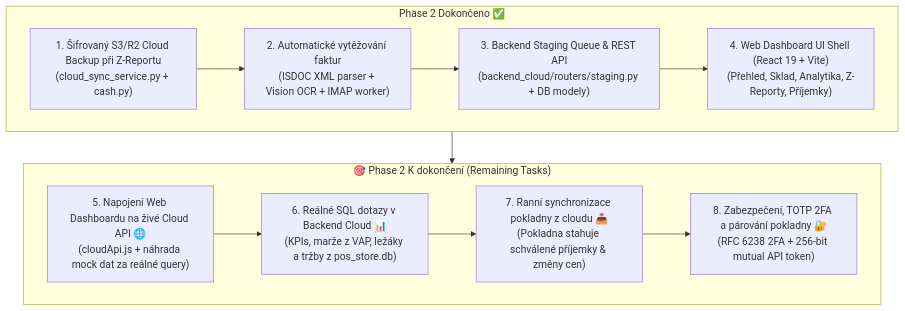
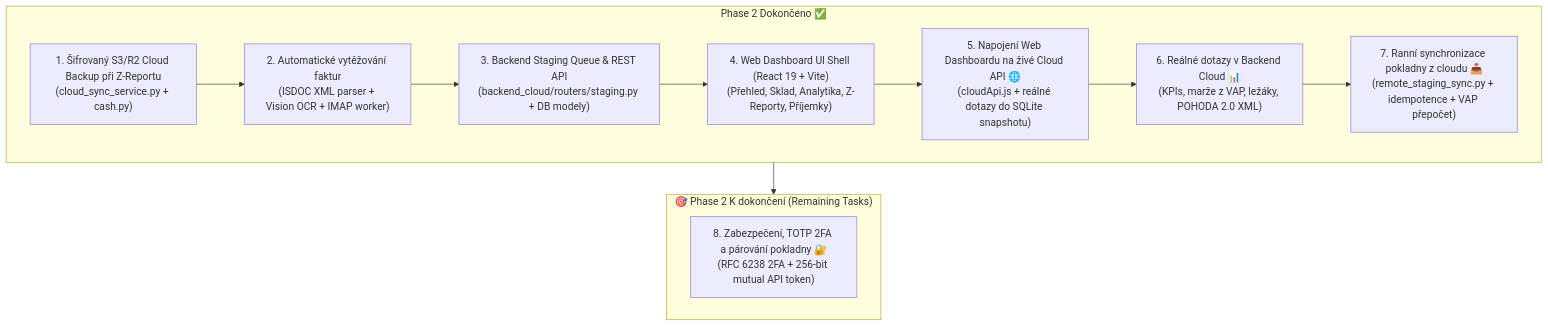
Before and after one commit to MichalKhoa/pos-project: the first of 2 diagrams in docs/ROADMAP.md, drawn with Mermaid. The commit also changed other lines of this file and 1 other file, not shown here.

Commit message:
docs(roadmap): update Phase 2 progress with completed staging pull service

````diff
--- a/docs/ROADMAP.md
+++ b/docs/ROADMAP.md
@@ -15,20 +15,19 @@
 ```mermaid
 graph TD
     subgraph P2Done["Phase 2 Dokončeno ✅"]
         D_CS["1. Šifrovaný S3/R2 Cloud Backup při Z-Reportu<br/>(cloud_sync_service.py + cash.py)"]
         D_ISDOC["2. Automatické vytěžování faktur<br/>(ISDOC XML parser + Vision OCR + IMAP worker)"]
         D_QUEUE["3. Backend Staging Queue & REST API<br/>(backend_cloud/routers/staging.py + DB modely)"]
         D_UI["4. Web Dashboard UI Shell (React 19 + Vite)<br/>(Přehled, Sklad, Analytika, Z-Reporty, Příjemky)"]
-        D_CS --> D_ISDOC --> D_QUEUE --> D_UI
+        D_API["5. Napojení Web Dashboardu na živé Cloud API 🌐<br/>(cloudApi.js + reálné dotazy do SQLite snapshotu)"]
+        D_SQL["6. Reálné dotazy v Backend Cloud 📊<br/>(KPIs, marže z VAP, ležáky, POHODA 2.0 XML)"]
+        D_SYNC["7. Ranní synchronizace pokladny z cloudu 📥<br/>(remote_staging_sync.py + idempotence + VAP přepočet)"]
+        D_CS --> D_ISDOC --> D_QUEUE --> D_UI --> D_API --> D_SQL --> D_SYNC
     end
 
     subgraph P2Rem["🎯 Phase 2 K dokončení (Remaining Tasks)"]
-        T1["5. Napojení Web Dashboardu na živé Cloud API 🌐<br/>(cloudApi.js + náhrada mock dat za reálné query)"]
-        T2["6. Reálné SQL dotazy v Backend Cloud 📊<br/>(KPIs, marže z VAP, ležáky a tržby z pos_store.db)"]
-        T3["7. Ranní synchronizace pokladny z cloudu 📥<br/>(Pokladna stahuje schválené příjemky & změny cen)"]
         T4["8. Zabezpečení, TOTP 2FA a párování pokladny 🔐<br/>(RFC 6238 2FA + 256-bit mutual API token)"]
-        T1 --> T2 --> T3 --> T4
     end
 
     P2Done --> P2Rem
 ```
````
